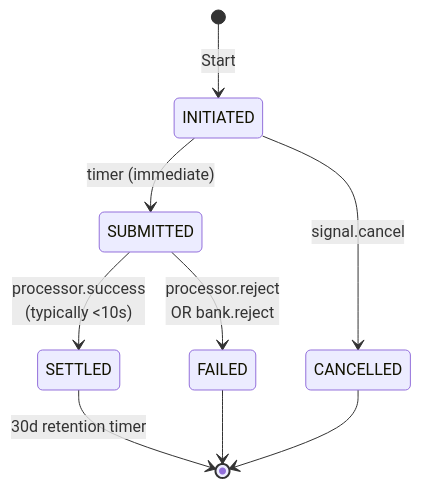
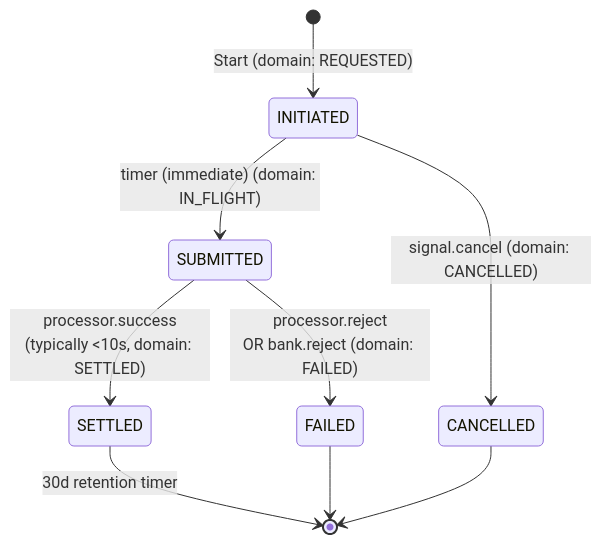
One commit to phuongdpham/fintech-backend changed the third of 4 diagrams in apps/gateway-svc/docs/charter.md. Above: the diagram before and after it, drawn with Mermaid. The commit also changed other lines of this file and 6 other files, not shown here.

````diff
--- a/apps/gateway-svc/docs/charter.md
+++ b/apps/gateway-svc/docs/charter.md
@@ -289,11 +347,11 @@
 ```mermaid
 stateDiagram-v2
-    [*] --> INITIATED: Start
-    INITIATED --> SUBMITTED: timer (immediate)
-    INITIATED --> CANCELLED: signal.cancel
-    SUBMITTED --> SETTLED: processor.success<br/>(typically <10s)
-    SUBMITTED --> FAILED: processor.reject<br/>OR bank.reject
+    [*] --> INITIATED: Start (domain: REQUESTED)
+    INITIATED --> SUBMITTED: timer (immediate) (domain: IN_FLIGHT)
+    INITIATED --> CANCELLED: signal.cancel (domain: CANCELLED)
+    SUBMITTED --> SETTLED: processor.success<br/>(typically <10s, domain: SETTLED)
+    SUBMITTED --> FAILED: processor.reject<br/>OR bank.reject (domain: FAILED)
     SETTLED --> [*]: 30d retention timer
     FAILED --> [*]
     CANCELLED --> [*]
 ```
````
